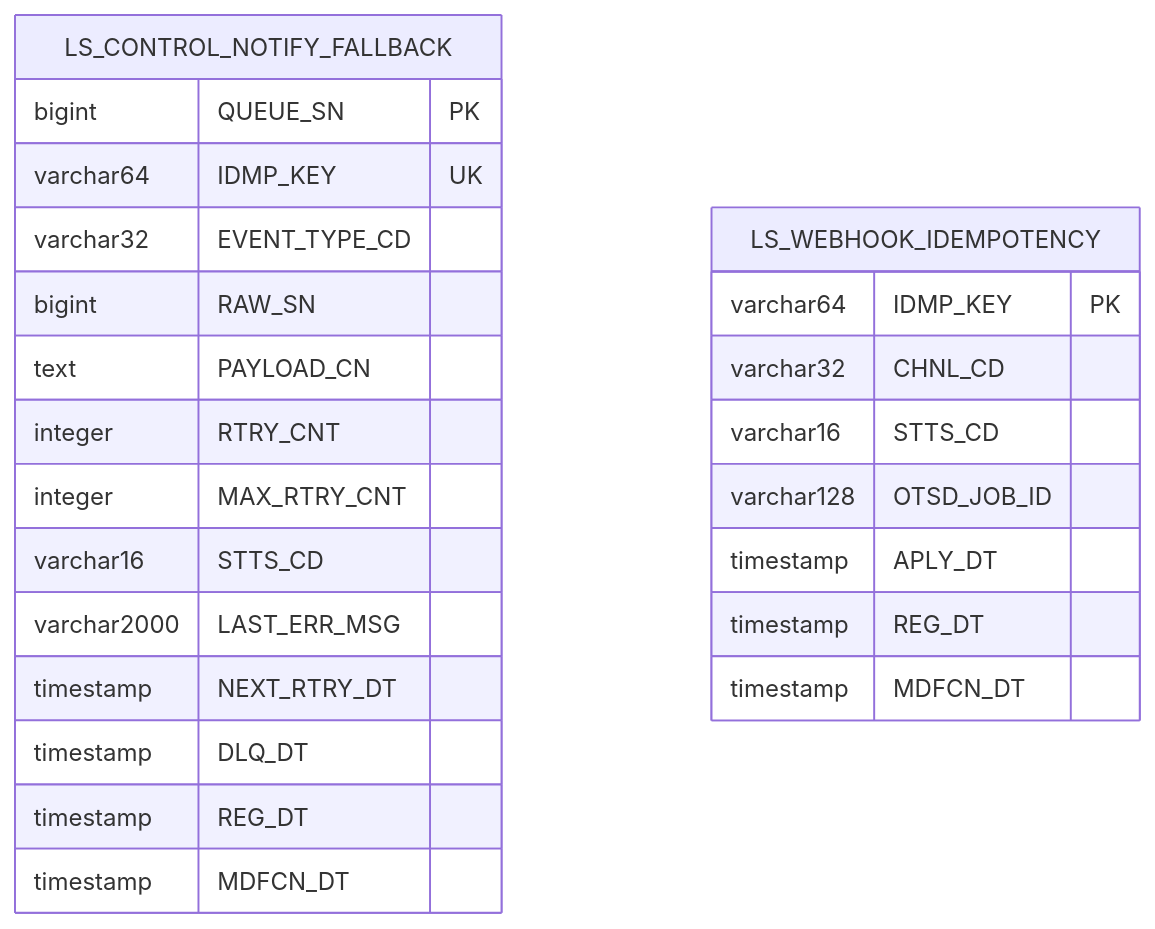
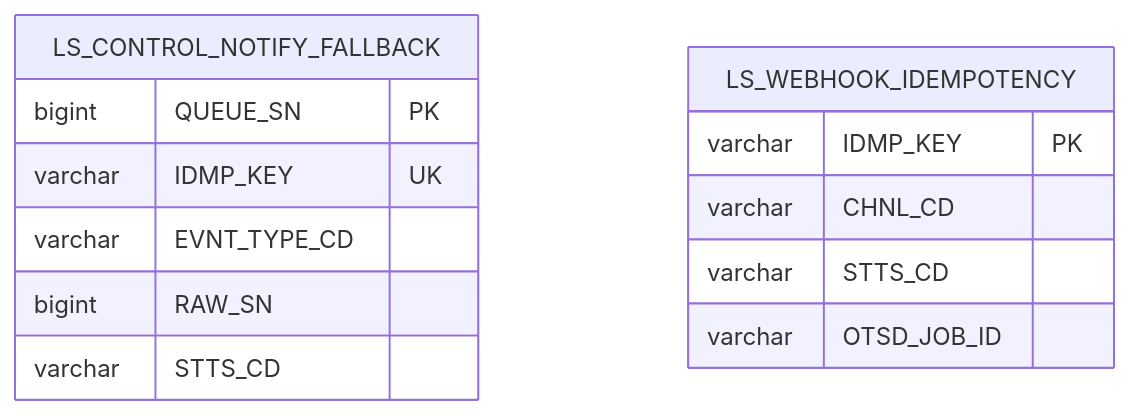
One commit to New-stella/klid-label changed diagram 12 of 13 in docs/design/D8-엔티티관계모형설계서.md. Above: the diagram before and after it, drawn with Mermaid. The commit also changed other lines of this file and 6 other files, not shown here.

````diff
--- a/docs/design/D8-엔티티관계모형설계서.md
+++ b/docs/design/D8-엔티티관계모형설계서.md
@@ -591,27 +373,16 @@
 ```mermaid
 erDiagram
     LS_CONTROL_NOTIFY_FALLBACK {
         bigint QUEUE_SN PK
-        varchar64 IDMP_KEY UK
-        varchar32 EVENT_TYPE_CD
+        varchar IDMP_KEY UK
+        varchar EVNT_TYPE_CD
         bigint RAW_SN
-        text PAYLOAD_CN
-        integer RTRY_CNT
-        integer MAX_RTRY_CNT
-        varchar16 STTS_CD
-        varchar2000 LAST_ERR_MSG
-        timestamp NEXT_RTRY_DT
-        timestamp DLQ_DT
-        timestamp REG_DT
-        timestamp MDFCN_DT
+        varchar STTS_CD
     }
     LS_WEBHOOK_IDEMPOTENCY {
-        varchar64 IDMP_KEY PK
-        varchar32 CHNL_CD
-        varchar16 STTS_CD
-        varchar128 OTSD_JOB_ID
-        timestamp APLY_DT
-        timestamp REG_DT
-        timestamp MDFCN_DT
+        varchar IDMP_KEY PK
+        varchar CHNL_CD
+        varchar STTS_CD
+        varchar OTSD_JOB_ID
     }
 ```
````
